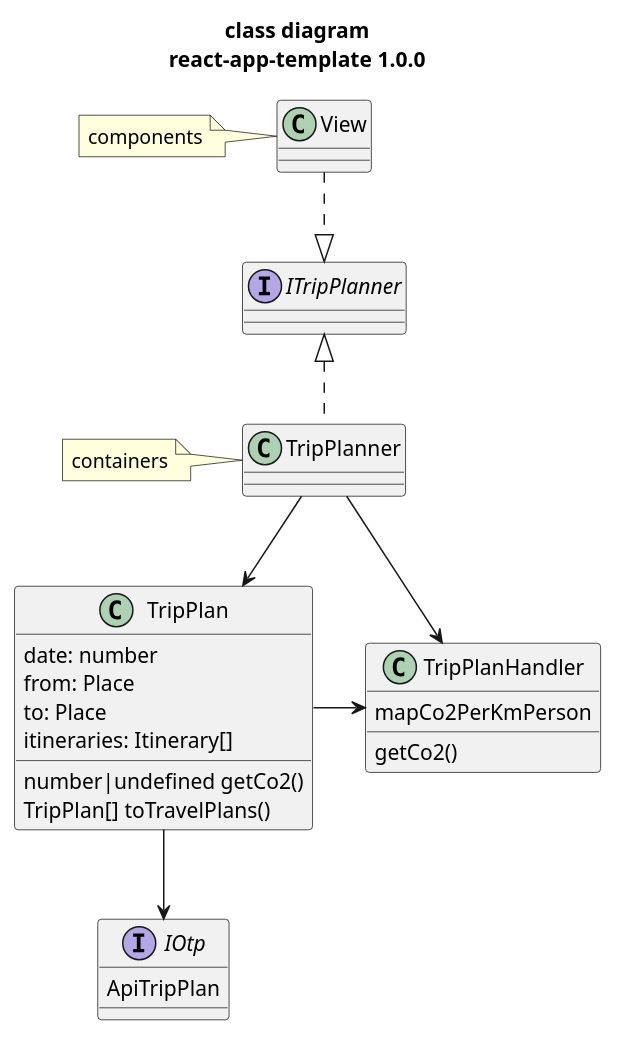
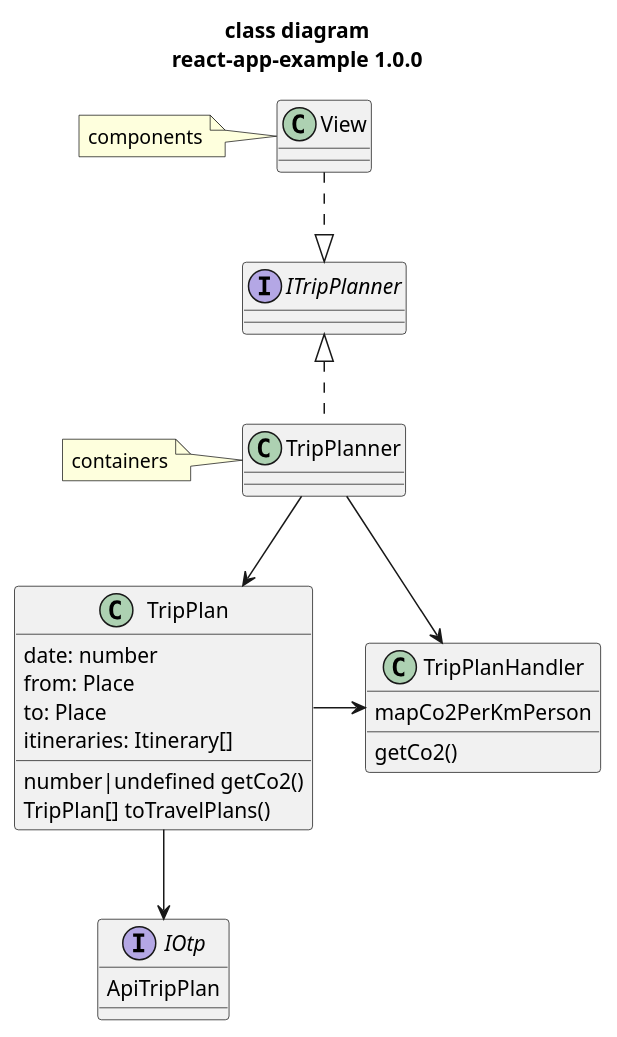
One commit to bruce94508/react-app-example changed the diagram in docs/class.puml. Above: the diagram before and after it, drawn with PlantUML. The commit also changed 8 other files, not shown here.

```diff
--- a/docs/class.puml
+++ b/docs/class.puml
@@ -1,36 +1,36 @@
 @startuml class
 
-title "class diagram\nreact-app-template 1.0.0"
+title "class diagram\nreact-app-example 1.0.0"
 
 interface IOtp {
   ApiTripPlan
 }
 
 class TripPlan {
   date: number
   from: Place
   to: Place
   itineraries: Itinerary[]
   number|undefined getCo2()
   TripPlan[] toTravelPlans()
 }
 
 class TripPlanHandler {
   mapCo2PerKmPerson
   getCo2()
 }
 
 class TripPlanner
 note left: containers
 interface ITripPlanner
 class View
 note left: components
 
 View ..|> ITripPlanner
 TripPlanner .up.|> ITripPlanner
 TripPlanner --> TripPlanHandler
 TripPlanner --> TripPlan
 TripPlan -right-> TripPlanHandler
 TripPlan --> IOtp
 
 @enduml
```
